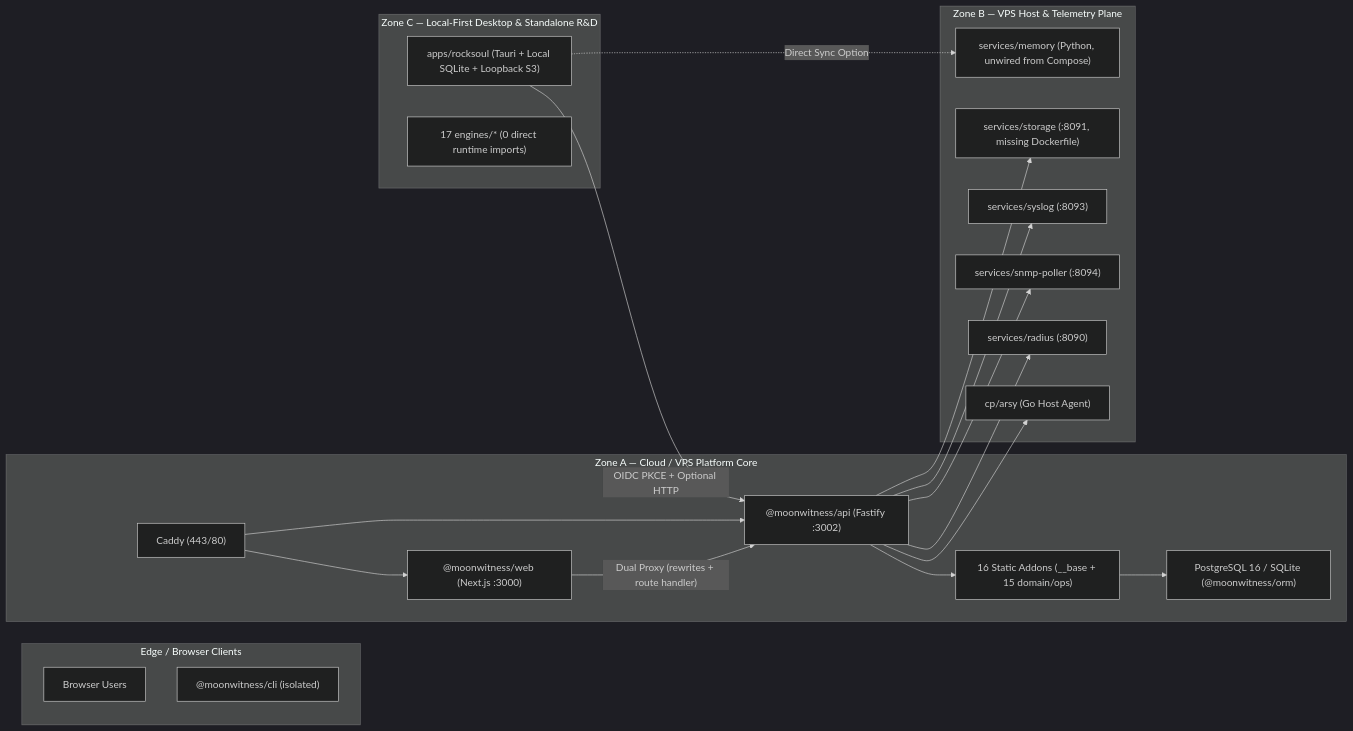
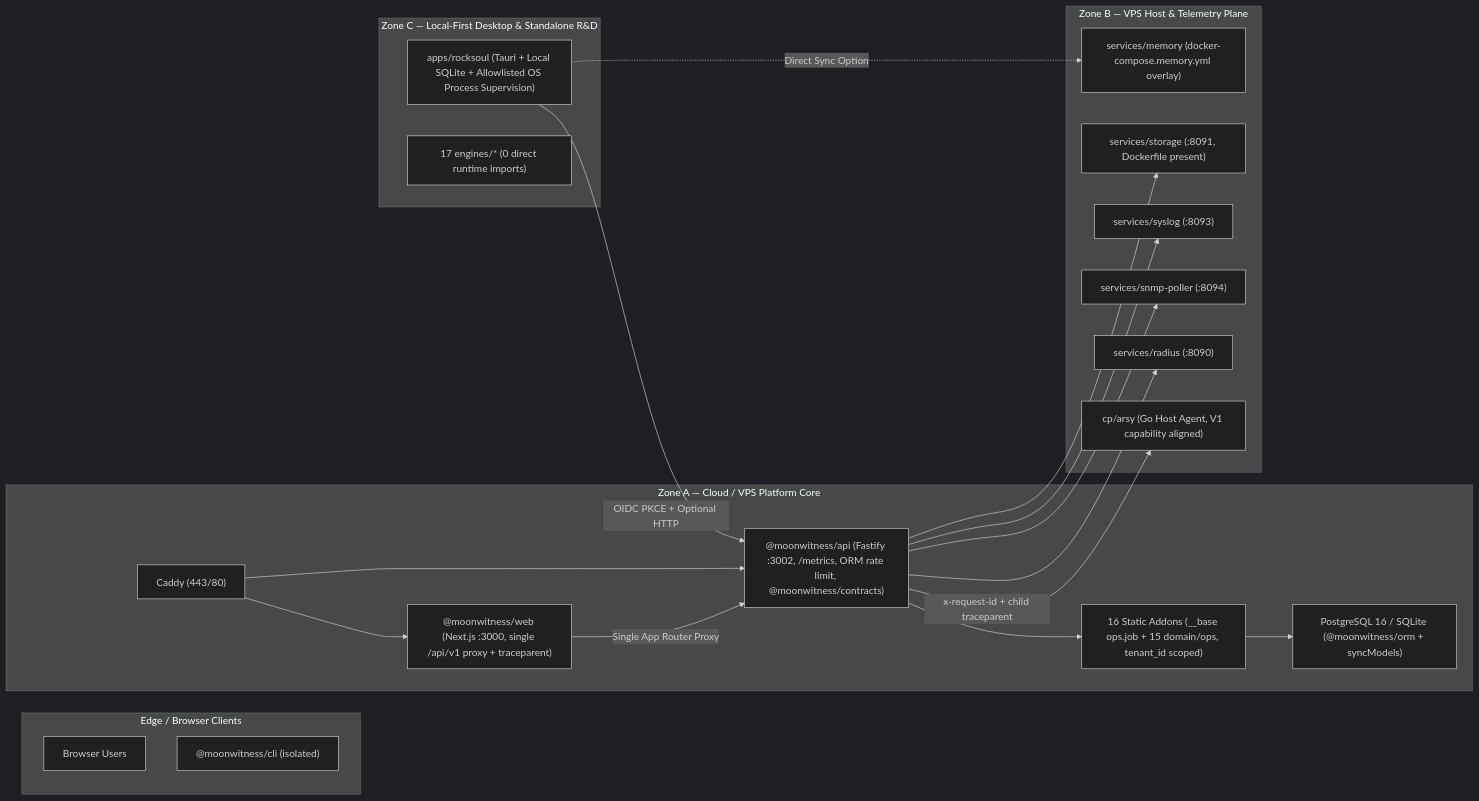
One commit to A-L-L-A-H/moonwitness changed the first of 2 diagrams in docs/architecture/PLATFORM-TARGET-ARCHITECTURE.md. Above: the diagram before and after it, drawn with Mermaid (dark theme). The commit also changed other lines of this file and 8 other files, not shown here.

Commit message:
docs(architecture): sync post-implementation matrices and roadmap

````diff
--- a/docs/architecture/PLATFORM-TARGET-ARCHITECTURE.md
+++ b/docs/architecture/PLATFORM-TARGET-ARCHITECTURE.md
@@ -14,41 +14,41 @@
 ```mermaid
 flowchart LR
   subgraph Edge["Edge / Browser Clients"]
     B["Browser Users"]
     CLI["@moonwitness/cli (isolated)"]
   end
 
   subgraph ZoneA["Zone A — Cloud / VPS Platform Core"]
     Caddy["Caddy (443/80)"]
-    Web["@moonwitness/web (Next.js :3000)"]
-    API["@moonwitness/api (Fastify :3002)"]
-    Addons["16 Static Addons (__base + 15 domain/ops)"]
-    PG["PostgreSQL 16 / SQLite (@moonwitness/orm)"]
+    Web["@moonwitness/web (Next.js :3000, single /api/v1 proxy + traceparent)"]
+    API["@moonwitness/api (Fastify :3002, /metrics, ORM rate limit, @moonwitness/contracts)"]
+    Addons["16 Static Addons (__base ops.job + 15 domain/ops, tenant_id scoped)"]
+    PG["PostgreSQL 16 / SQLite (@moonwitness/orm + syncModels)"]
     Caddy --> Web
     Caddy --> API
-    Web -->|"Dual Proxy (rewrites + route handler)"| API
+    Web -->|"Single App Router Proxy"| API
     API --> Addons
     Addons --> PG
   end
 
   subgraph ZoneB["Zone B — VPS Host & Telemetry Plane"]
-    ARSY["cp/arsy (Go Host Agent)"]
+    ARSY["cp/arsy (Go Host Agent, V1 capability aligned)"]
     Rad["services/radius (:8090)"]
     SNMP["services/snmp-poller (:8094)"]
     Sys["services/syslog (:8093)"]
-    Sto["services/storage (:8091, missing Dockerfile)"]
-    Mem["services/memory (Python, unwired from Compose)"]
-    API --> ARSY
+    Sto["services/storage (:8091, Dockerfile present)"]
+    Mem["services/memory (docker-compose.memory.yml overlay)"]
+    API -->|"x-request-id + child traceparent"| ARSY
     API --> Rad
     API --> SNMP
     API --> Sys
     API --> Sto
   end
 
   subgraph ZoneC["Zone C — Local-First Desktop & Standalone R&D"]
-    RS["apps/rocksoul (Tauri + Local SQLite + Loopback S3)"]
+    RS["apps/rocksoul (Tauri + Local SQLite + Allowlisted OS Process Supervision)"]
     Eng["17 engines/* (0 direct runtime imports)"]
     RS -->|"OIDC PKCE + Optional HTTP"| API
     RS -.->|"Direct Sync Option"| Mem
   end
 ```
````
